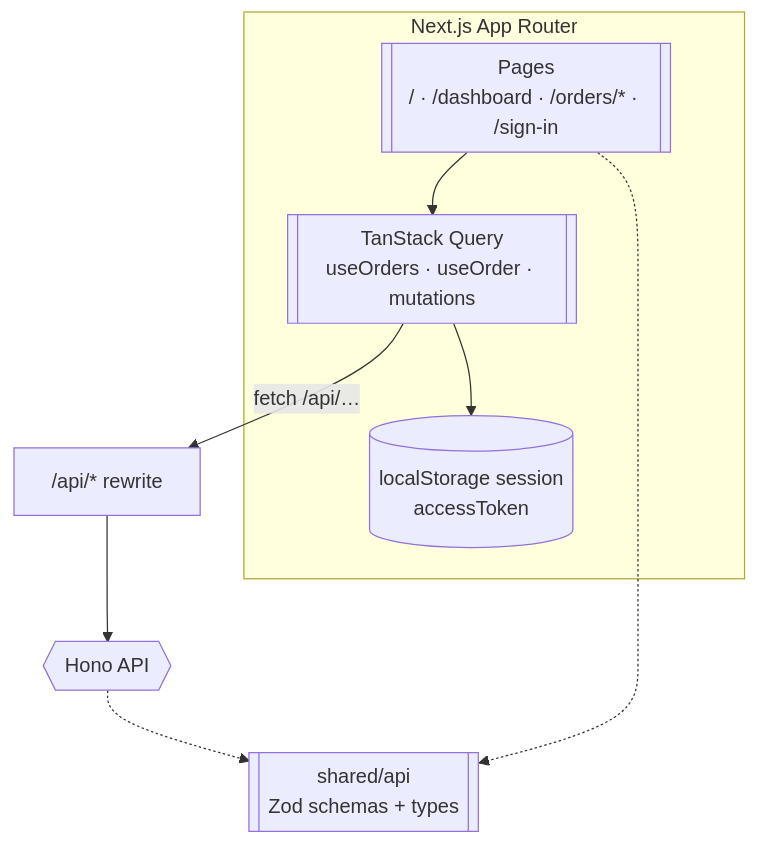
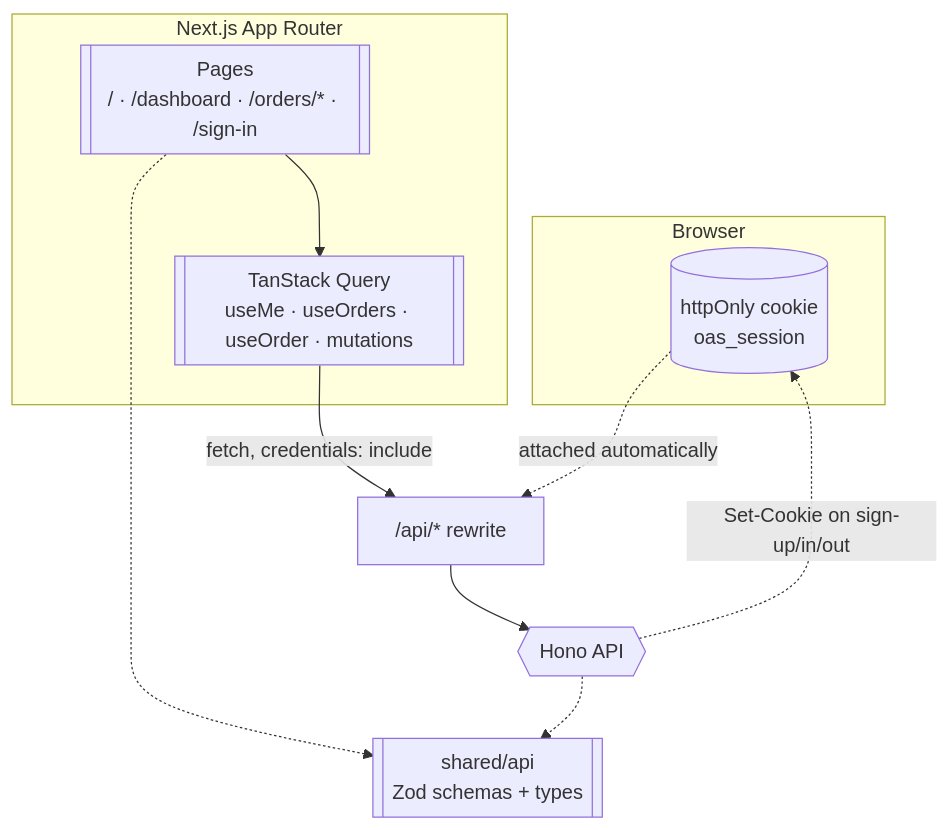
The fifth of 7 diagrams in ARCHITECTURE.md (augustineezinwa/order-and-settlement-app), drawn with Mermaid before and after one commit. The commit also changed other lines of this file and 29 other files, not shown here.

````diff
--- a/ARCHITECTURE.md
+++ b/ARCHITECTURE.md
@@ -149,18 +148,22 @@
 ```mermaid
 flowchart TB
+  subgraph browser [Browser]
+    cookie[("httpOnly cookie<br/>oas_session")]
+  end
+
   subgraph next_app [Next.js App Router]
     pages[["Pages<br/>/ · /dashboard · /orders/* · /sign-in"]]
-    rq[["TanStack Query<br/>useOrders · useOrder · mutations"]]
-    session[("localStorage session<br/>accessToken")]
+    rq[["TanStack Query<br/>useMe · useOrders · useOrder · mutations"]]
     pages --> rq
-    rq --> session
   end
 
   api_proxy["/api/* rewrite"]
-  rq -->|"fetch /api/…"| api_proxy
+  rq -->|"fetch, credentials: include"| api_proxy
   api_proxy --> hono_backend{{Hono API}}
+  hono_backend -.->|"Set-Cookie on sign-up/in/out"| cookie
+  cookie -.->|"attached automatically"| api_proxy
 
   shared[["shared/api<br/>Zod schemas + types"]]
   pages -.-> shared
   hono_backend -.-> shared
 ```
````
